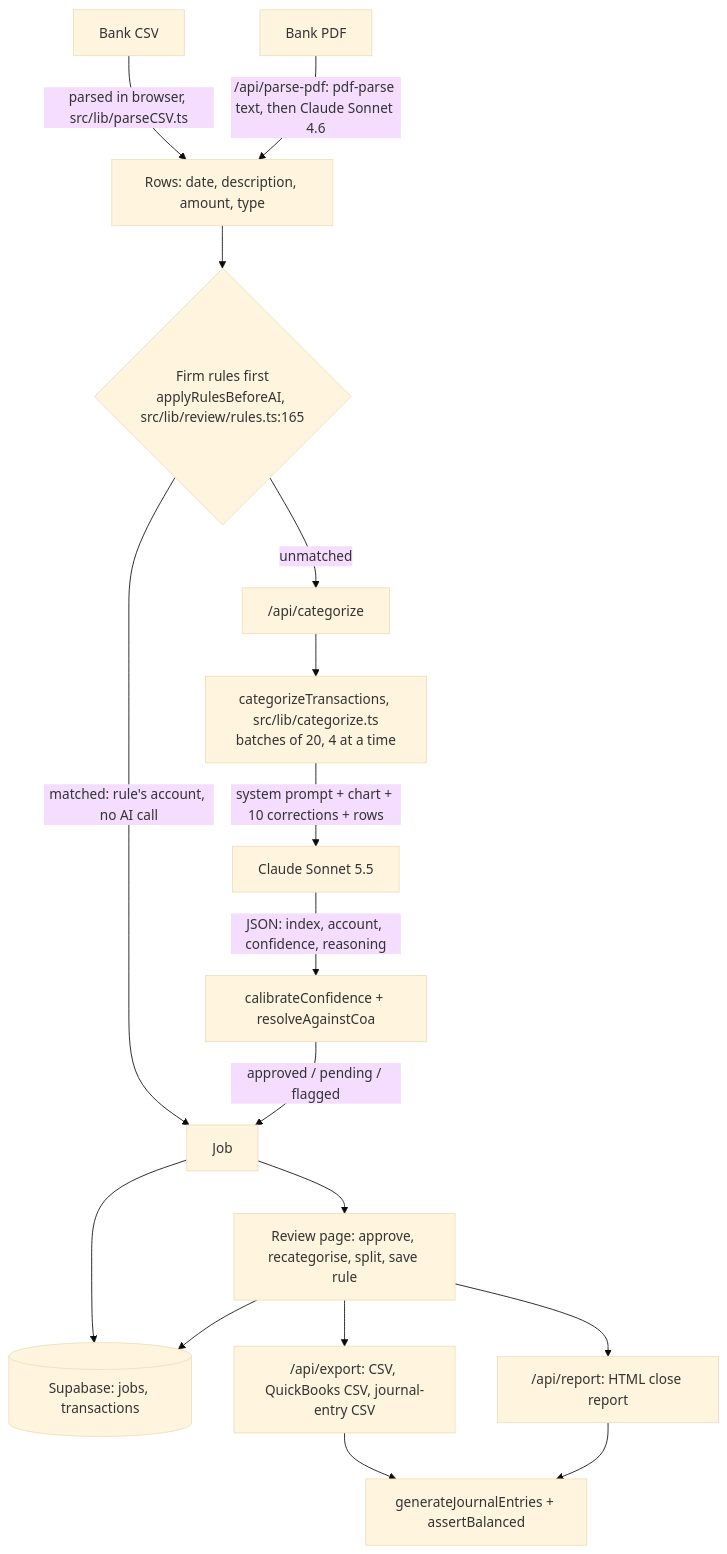
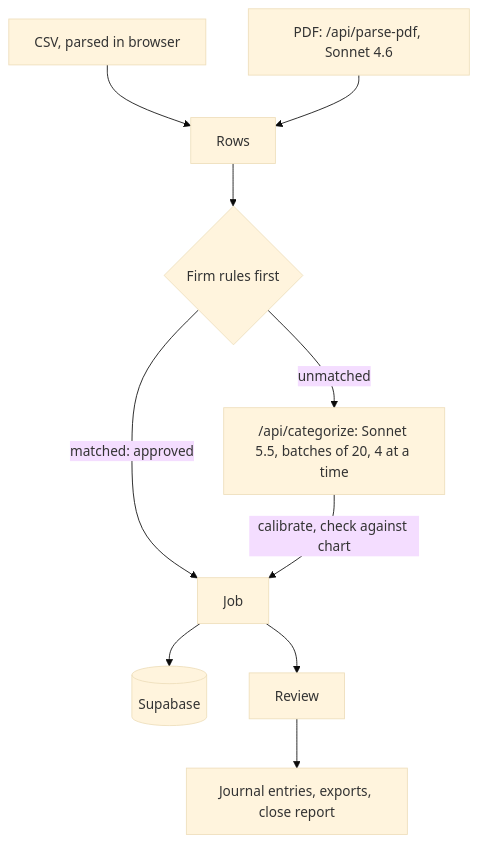
One commit to dudailia/closebooks-app changed the diagram in docs/technical-overview.md. Above: the diagram before and after it, drawn with Mermaid (base theme). The commit also changed other lines of this file and 11 other files, not shown here.

````diff
--- a/docs/technical-overview.md
+++ b/docs/technical-overview.md
@@ -40,19 +27,12 @@
 ```mermaid
 flowchart TD
-  A[Bank CSV] -->|parsed in browser, src/lib/parseCSV.ts| C[Rows: date, description, amount, type]
-  B[Bank PDF] -->|"/api/parse-pdf: pdf-parse text, then Claude Sonnet 4.6"| C
-  C --> R{"Firm rules first<br/>applyRulesBeforeAI, src/lib/review/rules.ts:165"}
-  R -->|matched: rule's account, no AI call| M[Job]
-  R -->|unmatched| API["/api/categorize"]
-  API --> E["categorizeTransactions, src/lib/categorize.ts<br/>batches of 20, 4 at a time"]
-  E -->|system prompt + chart + 10 corrections + rows| CL[Claude Sonnet 5.5]
-  CL -->|JSON: index, account, confidence, reasoning| V["calibrateConfidence + resolveAgainstCoa"]
-  V -->|approved / pending / flagged| M
-  M --> S[(Supabase: jobs, transactions)]
-  M --> RV[Review page: approve, recategorise, split, save rule]
-  RV --> S
-  RV --> X["/api/export: CSV, QuickBooks CSV, journal-entry CSV"]
-  RV --> REP["/api/report: HTML close report"]
-  X --> JE["generateJournalEntries + assertBalanced"]
-  REP --> JE
+  A[CSV, parsed in browser] --> C[Rows]
+  B["PDF: /api/parse-pdf, Sonnet 4.6"] --> C
+  C --> R{Firm rules first}
+  R -->|matched: approved| M[Job]
+  R -->|unmatched| API["/api/categorize: Sonnet 5.5, batches of 20, 4 at a time"]
+  API -->|calibrate, check against chart| M
+  M --> S[(Supabase)]
+  M --> RV[Review]
+  RV --> X[Journal entries, exports, close report]
 ```
````
